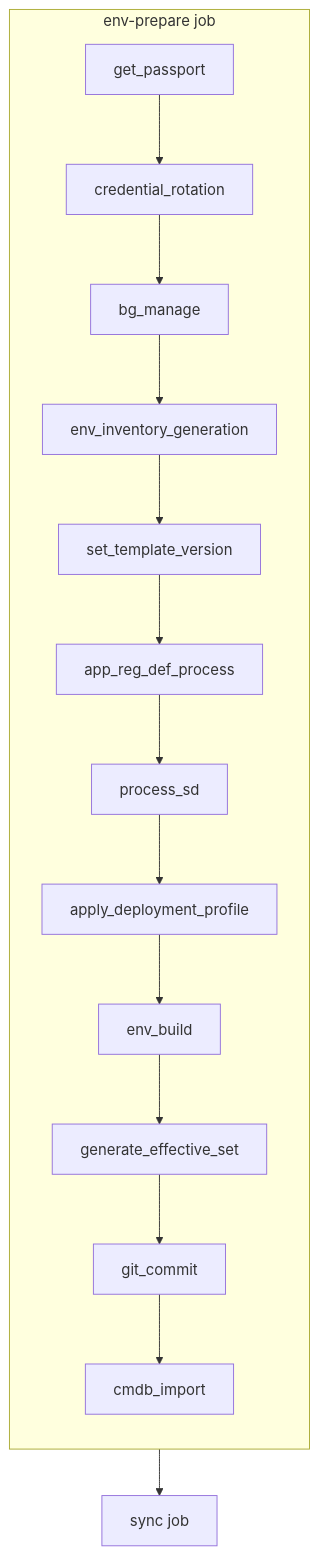
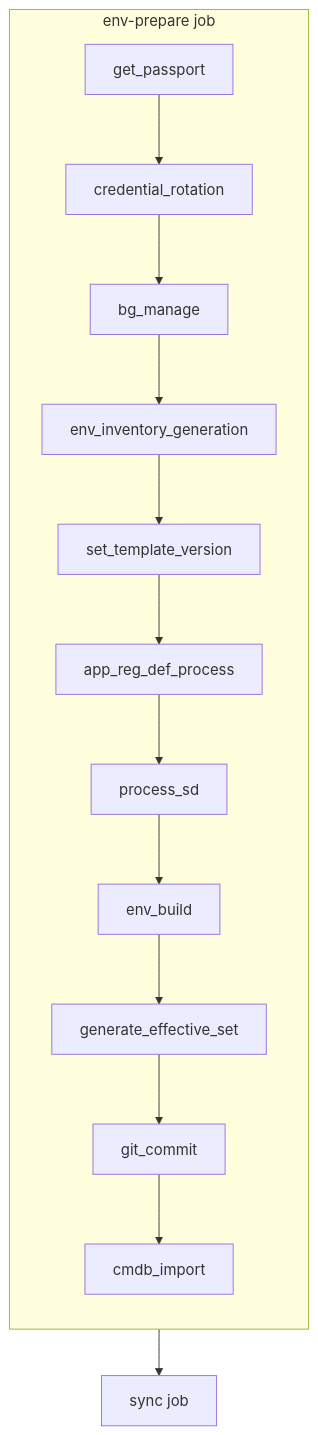
One commit to Netcracker/qubership-envgene changed the diagram in docs/envgene-pipelines.md. Above: the diagram before and after it, drawn with Mermaid. The commit also changed other lines of this file and 12 other files, not shown here.

First line of the commit message:
refactor: apply the PROFILE baseline during the environment build

````diff
--- a/docs/envgene-pipelines.md
+++ b/docs/envgene-pipelines.md
@@ -30,18 +30,17 @@
 ```mermaid
 flowchart TB
     subgraph env_prepare["env-prepare job"]
         direction TB
         A[get_passport] --> B[credential_rotation]
         B --> C[bg_manage]
         C --> D[env_inventory_generation]
         D --> SV[set_template_version]
         SV --> E[app_reg_def_process]
         E --> F[process_sd]
-        F --> DP[apply_deployment_profile]
-        DP --> G[env_build]
+        F --> G[env_build]
         G --> H[generate_effective_set]
         H --> I[git_commit]
         I --> J[cmdb_import]
     end
     env_prepare --> sync["sync job"]
 ```
````
